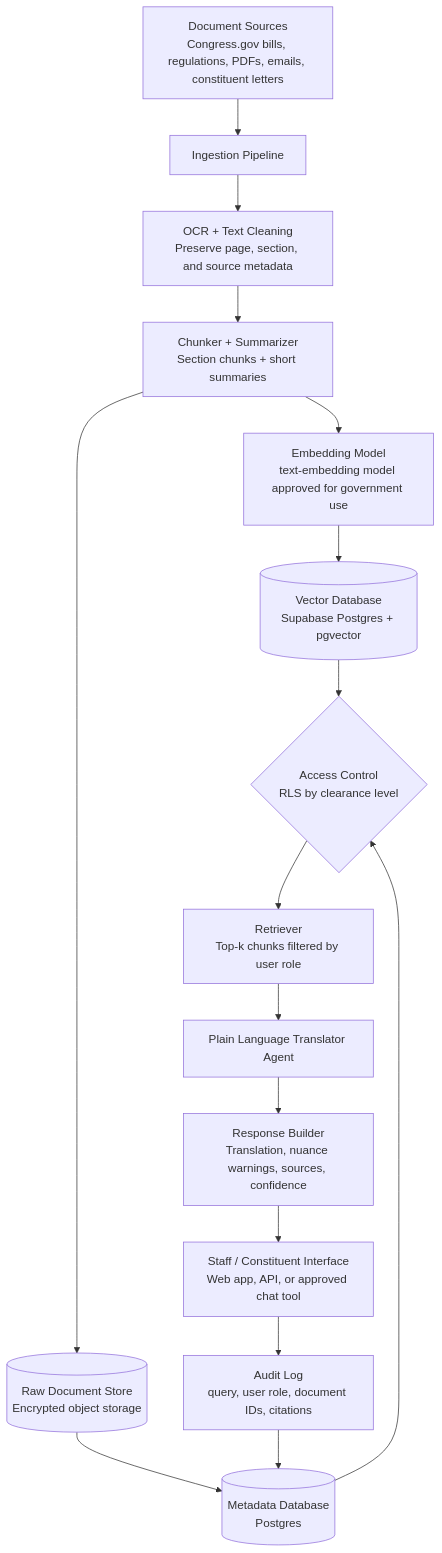
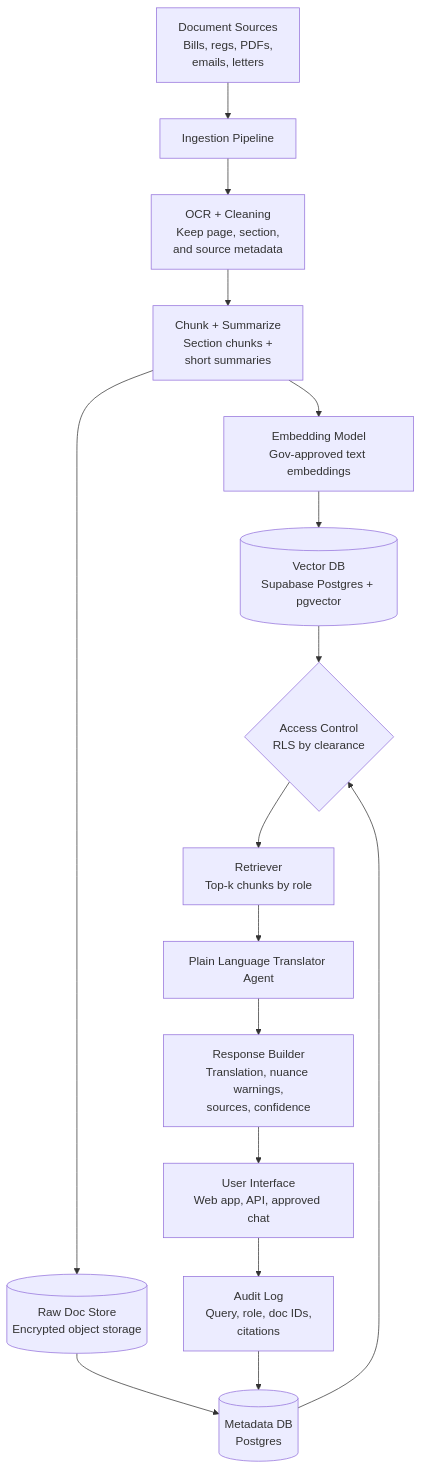
The diagram in assignment_module11/lab/congress_lab_submission.md (pcn287/Data-science-and-AI-for-system-engineering-SYSEN5381), drawn with Mermaid before and after one commit.

````diff
--- a/assignment_module11/lab/congress_lab_submission.md
+++ b/assignment_module11/lab/congress_lab_submission.md
@@ -62,18 +62,18 @@
 ```mermaid
 flowchart TD
-    A[Document Sources<br>Congress.gov bills, regulations, PDFs, emails, constituent letters] --> B[Ingestion Pipeline]
-    B --> C[OCR + Text Cleaning<br>Preserve page, section, and source metadata]
-    C --> D[Chunker + Summarizer<br>Section chunks + short summaries]
-    D --> E[Embedding Model<br>text-embedding model approved for government use]
-    D --> F[(Raw Document Store<br>Encrypted object storage)]
-    E --> G[(Vector Database<br>Supabase Postgres + pgvector)]
-    F --> H[(Metadata Database<br>Postgres)]
-    G --> I{Access Control<br>RLS by clearance level}
+    A[Document Sources<br/>Bills, regs, PDFs,<br/>emails, letters] --> B[Ingestion Pipeline]
+    B --> C[OCR + Cleaning<br/>Keep page, section,<br/>and source metadata]
+    C --> D[Chunk + Summarize<br/>Section chunks +<br/>short summaries]
+    D --> E[Embedding Model<br/>Gov-approved text embeddings]
+    D --> F[(Raw Doc Store<br/>Encrypted object storage)]
+    E --> G[(Vector DB<br/>Supabase Postgres + pgvector)]
+    F --> H[(Metadata DB<br/>Postgres)]
+    G --> I{Access Control<br/>RLS by clearance}
     H --> I
-    I --> J[Retriever<br>Top-k chunks filtered by user role]
+    I --> J[Retriever<br/>Top-k chunks by role]
     J --> K[Plain Language Translator Agent]
-    K --> L[Response Builder<br>Translation, nuance warnings, sources, confidence]
-    L --> M[Staff / Constituent Interface<br>Web app, API, or approved chat tool]
-    N[Audit Log<br>query, user role, document IDs, citations] --> H
+    K --> L[Response Builder<br/>Translation, nuance warnings,<br/>sources, confidence]
+    L --> M[User Interface<br/>Web app, API, approved chat]
+    N[Audit Log<br/>Query, role, doc IDs,<br/>citations] --> H
     M --> N
 ```
````
